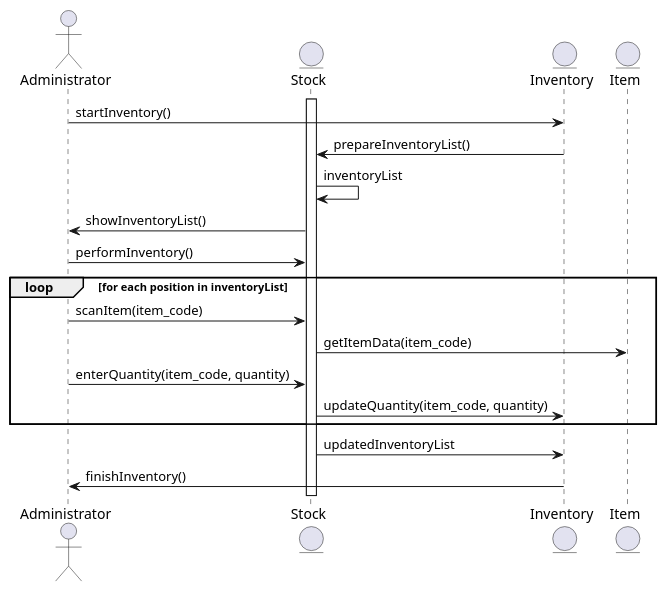
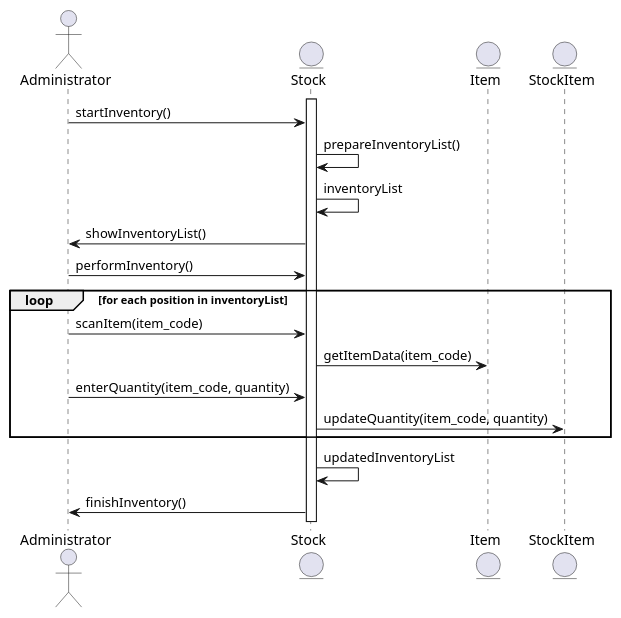
The diagram in warehouse/Прецеденты/Инвертаризация/Инвентаризация товара - диаграмма.md (penamarth/bsbo-02-21_team5_var6_sklad), drawn with PlantUML before and after one commit. The commit also changed 1 other file, not shown here.

Commit message:
Update Инвертаризация

```diff
--- a/warehouse/Прецеденты/Инвертаризация/Инвентаризация товара - диаграмма.md
+++ b/warehouse/Прецеденты/Инвертаризация/Инвентаризация товара - диаграмма.md
@@ -1,24 +1,24 @@
 @startuml
 
 actor Administrator
 entity Stock
-entity Inventory
 entity Item
+entity StockItem
 
 activate Stock
 
-Administrator -> Inventory: startInventory()
-Inventory -> Stock: prepareInventoryList()
+Administrator -> Stock: startInventory()
+Stock -> Stock: prepareInventoryList()
 Stock -> Stock: inventoryList
 Stock -> Administrator: showInventoryList()
 Administrator -> Stock: performInventory()
 loop for each position in inventoryList
     Administrator -> Stock: scanItem(item_code)
     Stock -> Item: getItemData(item_code)
     Administrator -> Stock: enterQuantity(item_code, quantity)
-    Stock -> Inventory: updateQuantity(item_code, quantity)
+    Stock -> StockItem: updateQuantity(item_code, quantity)
 end
-Stock -> Inventory: updatedInventoryList
-Inventory -> Administrator: finishInventory()
+Stock -> Stock: updatedInventoryList
+Stock -> Administrator: finishInventory()
 
 @enduml
```
